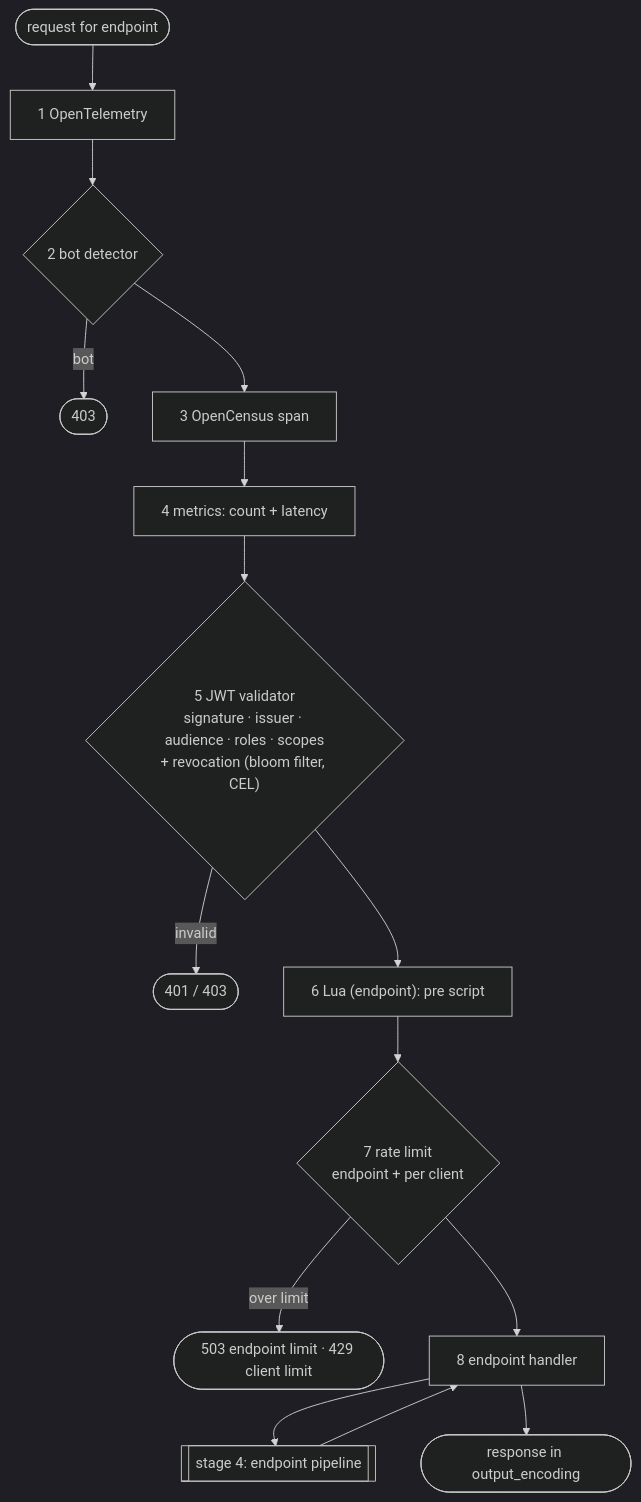
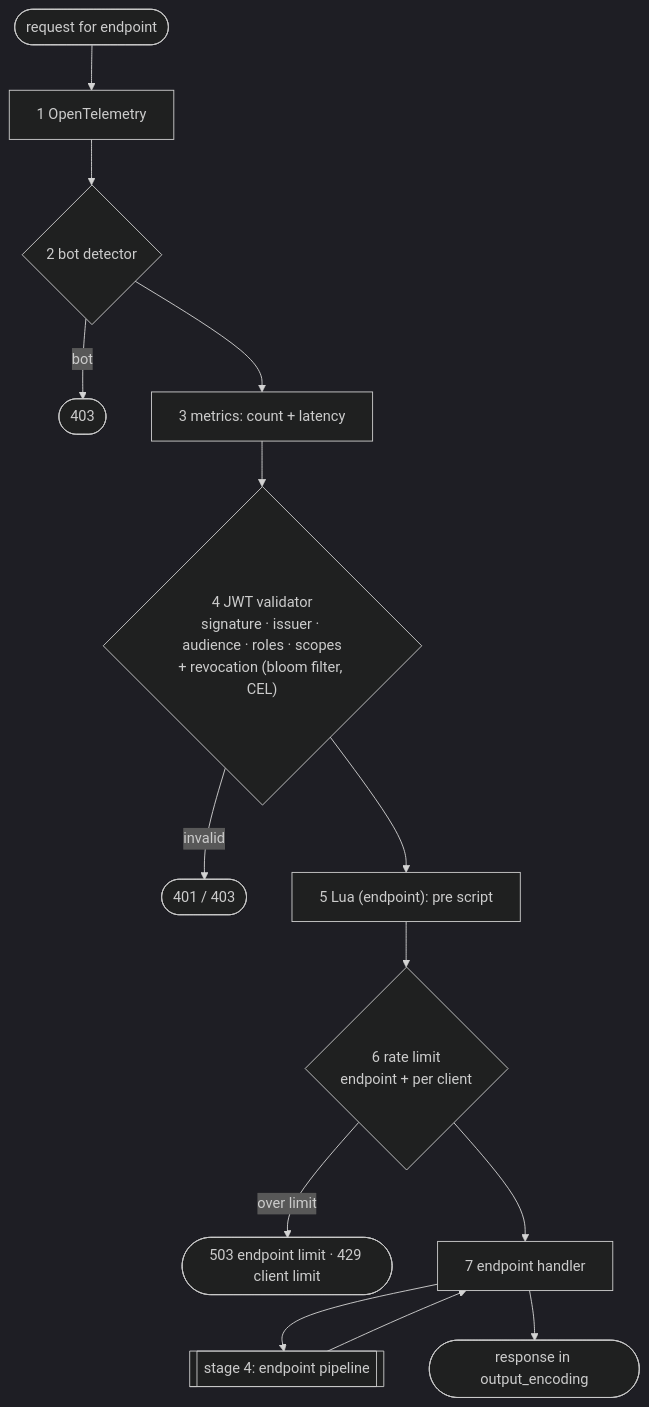
One commit to 9edang/inkgate changed the diagram in docs/flow/3-request.md. Above: the diagram before and after it, drawn with Mermaid (dark theme). The commit also changed other lines of this file and 72 other files, not shown here.

First line of the commit message:
dependencies: drop OpenCensus and op/go-logging, AWS SDK v2, go-jose v4

````diff
--- a/docs/flow/3-request.md
+++ b/docs/flow/3-request.md
@@ -9,17 +9,16 @@
 ```mermaid
 flowchart TD
     IN([request for endpoint]) --> S1["1 OpenTelemetry"]
     S1 --> S2{"2 bot detector"}
     S2 -- bot --> X403([403])
-    S2 --> S3["3 OpenCensus span"]
-    S3 --> S4["4 metrics: count + latency"]
-    S4 --> S5{"5 JWT validator<br/>signature · issuer · audience · roles · scopes<br/>+ revocation (bloom filter, CEL)"}
-    S5 -- invalid --> X401([401 / 403])
-    S5 --> S6["6 Lua (endpoint): pre script"]
-    S6 --> S7{"7 rate limit<br/>endpoint + per client"}
-    S7 -- over limit --> X429([503 endpoint limit · 429 client limit])
-    S7 --> S8["8 endpoint handler"]
-    S8 --> P[["stage 4: endpoint pipeline"]]
-    P --> S8
-    S8 --> OUT([response in output_encoding])
+    S2 --> S3["3 metrics: count + latency"]
+    S3 --> S4{"4 JWT validator<br/>signature · issuer · audience · roles · scopes<br/>+ revocation (bloom filter, CEL)"}
+    S4 -- invalid --> X401([401 / 403])
+    S4 --> S5["5 Lua (endpoint): pre script"]
+    S5 --> S6{"6 rate limit<br/>endpoint + per client"}
+    S6 -- over limit --> X429([503 endpoint limit · 429 client limit])
+    S6 --> S7["7 endpoint handler"]
+    S7 --> P[["stage 4: endpoint pipeline"]]
+    P --> S7
+    S7 --> OUT([response in output_encoding])
 ```
````
